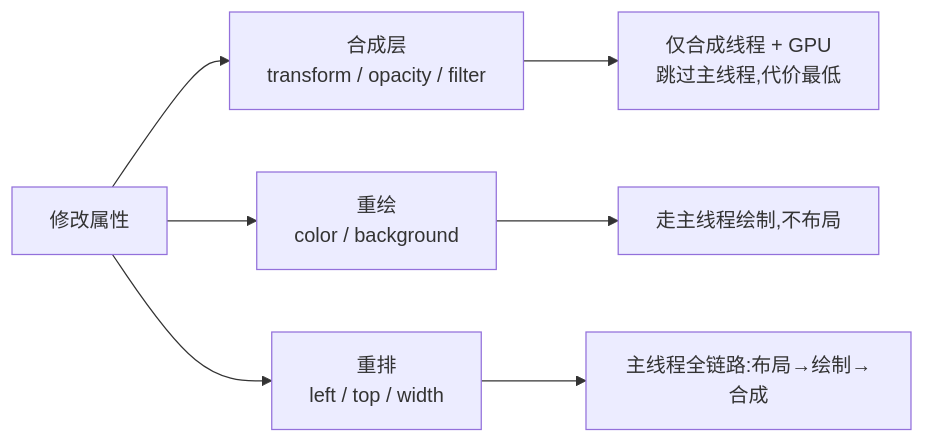
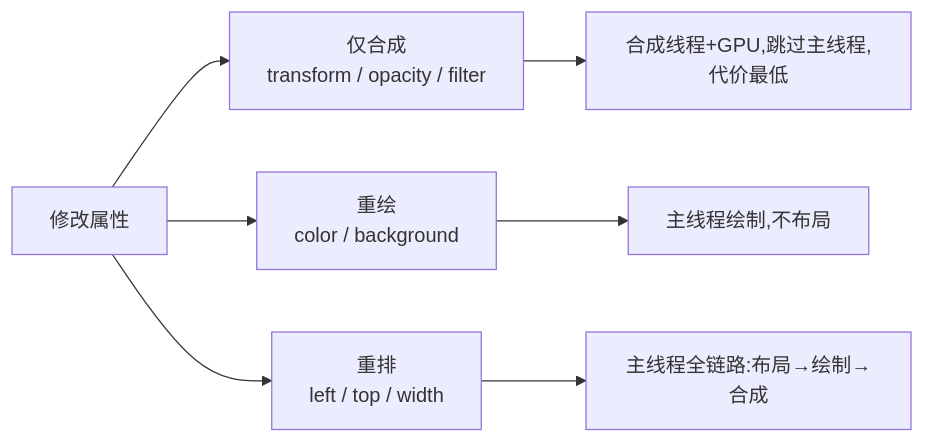
The diagram in frontend-knowledge-base/卷二-浏览器工作原理/2.5-合成与GPU加速.md (inspire-man/frontend-knowledge-base), drawn with Mermaid before and after one commit. The commit also changed other lines of this file and 2 other files, not shown here.

````diff
--- a/frontend-knowledge-base/卷二-浏览器工作原理/2.5-合成与GPU加速.md
+++ b/frontend-knowledge-base/卷二-浏览器工作原理/2.5-合成与GPU加速.md
@@ -16,9 +16,9 @@
 ```mermaid
 flowchart LR
-    A[修改属性] --> B[合成层<br/>transform / opacity / filter]
-    B --> B2[仅合成线程 + GPU<br/>跳过主线程,代价最低]
+    A[修改属性] --> B[仅合成<br/>transform / opacity / filter]
+    B --> B2[合成线程+GPU,跳过主线程,代价最低]
     A --> C[重绘<br/>color / background]
-    C --> C2[走主线程绘制,不布局]
+    C --> C2[主线程绘制,不布局]
     A --> D[重排<br/>left / top / width]
     D --> D2[主线程全链路:布局→绘制→合成]
 ```
````
